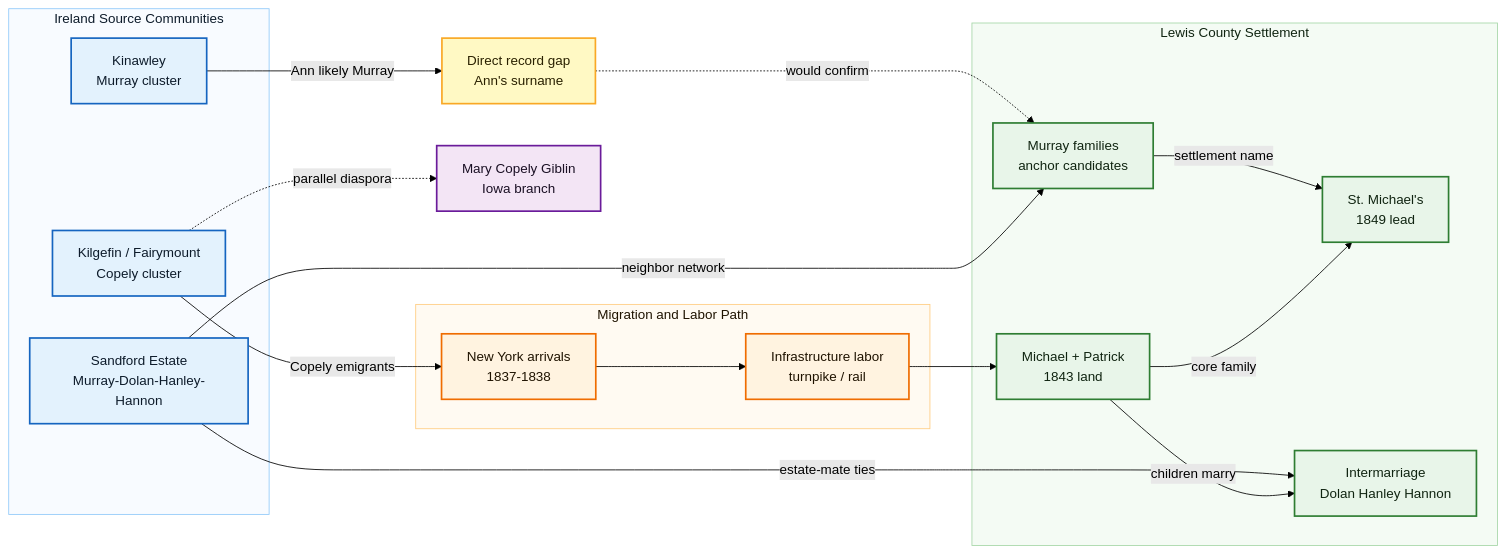
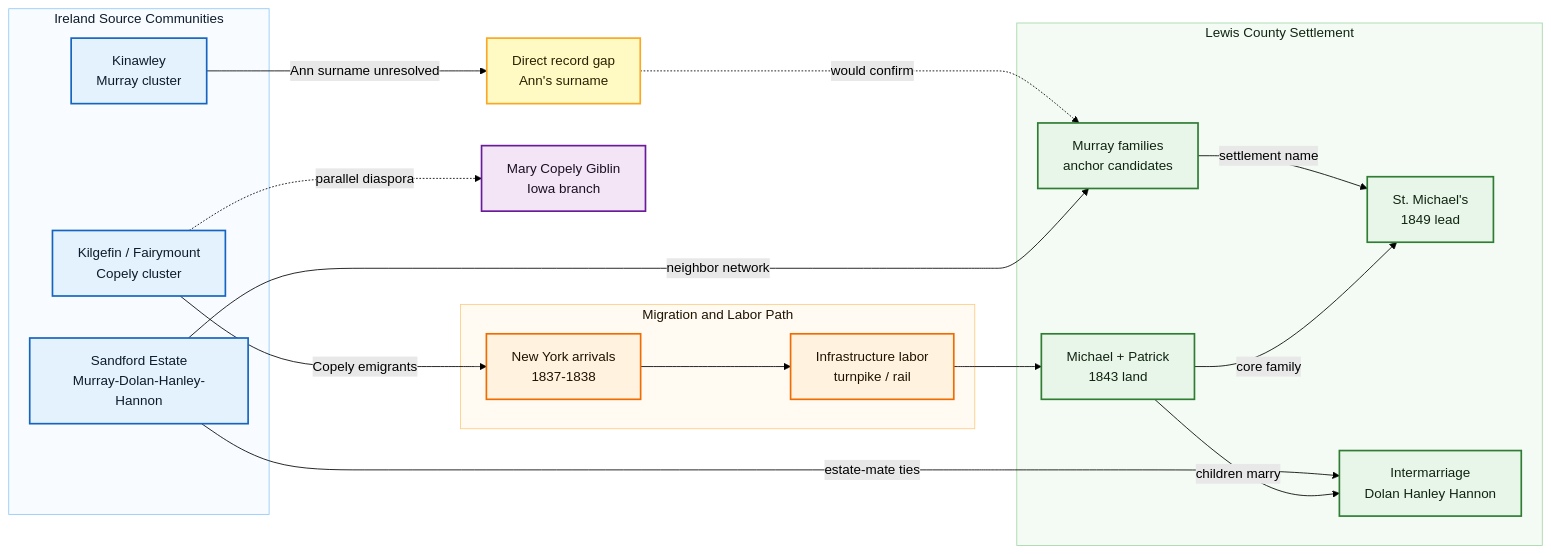
One commit to zcopley/copley-family-research changed the diagram in Topics/Irish Immigration to West Virginia.md. Above: the diagram before and after it, drawn with Mermaid (forest theme). The commit also changed other lines of this file and 21 other files, not shown here.

````diff
--- a/Topics/Irish Immigration to West Virginia.md
+++ b/Topics/Irish Immigration to West Virginia.md
@@ -20,45 +20,45 @@
 ```mermaid
 graph LR
     classDef ireland fill:#e3f2fd,stroke:#1565c0,stroke-width:2px,color:#0d1b2a
     classDef route fill:#fff3e0,stroke:#ef6c00,stroke-width:2px,color:#1f1300
     classDef westvirginia fill:#e8f5e9,stroke:#2e7d32,stroke-width:2px,color:#102411
     classDef unresolved fill:#fff9c4,stroke:#f9a825,stroke-width:2px,color:#2a2100
     classDef branch fill:#f3e5f5,stroke:#6a1b9a,stroke-width:2px,color:#1a1024
 
     subgraph IRE["Ireland Source Communities"]
         KIL["Kilgefin / Fairymount<br/>Copely cluster"]:::ireland
         KIN["Kinawley<br/>Murray cluster"]:::ireland
         SAND["Sandford Estate<br/>Murray-Dolan-Hanley-Hannon"]:::ireland
     end
 
     subgraph ROUTE["Migration and Labor Path"]
         SHIP["New York arrivals<br/>1837-1838"]:::route
         LABOR["Infrastructure labor<br/>turnpike / rail"]:::route
     end
 
     subgraph WV["Lewis County Settlement"]
         MURWV["Murray families<br/>anchor candidates"]:::westvirginia
         COPWV["Michael + Patrick<br/>1843 land"]:::westvirginia
         CHURCH["St. Michael's<br/>1849 lead"]:::westvirginia
         MARR["Intermarriage<br/>Dolan Hanley Hannon"]:::westvirginia
     end
 
     IOWA["Mary Copely Giblin<br/>Iowa branch"]:::branch
     DIRECT["Direct record gap<br/>Ann's surname"]:::unresolved
 
     KIL -->|Copely emigrants| SHIP
     KIL -.->|parallel diaspora| IOWA
-    KIN -->|Ann likely Murray| DIRECT
+    KIN -->|Ann surname unresolved| DIRECT
     DIRECT -.->|would confirm| MURWV
     SAND -->|estate-mate ties| MARR
     SAND -->|neighbor network| MURWV
     SHIP --> LABOR
     LABOR --> COPWV
     MURWV -->|settlement name| CHURCH
     COPWV -->|core family| CHURCH
     COPWV -->|children marry| MARR
 
     style IRE fill:#f8fbff,stroke:#90caf9,color:#0d1b2a
     style ROUTE fill:#fffaf2,stroke:#ffcc80,color:#1f1300
     style WV fill:#f4fbf4,stroke:#a5d6a7,color:#102411
 ```
````
